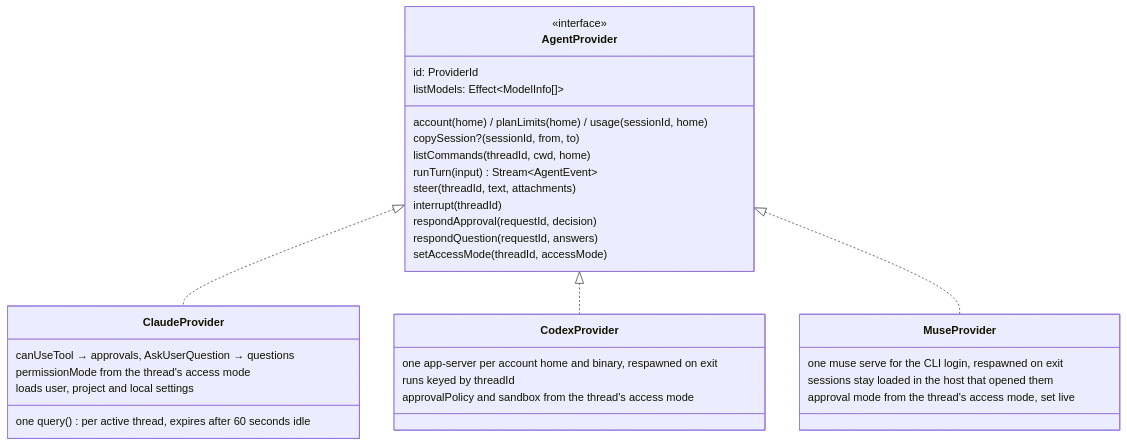
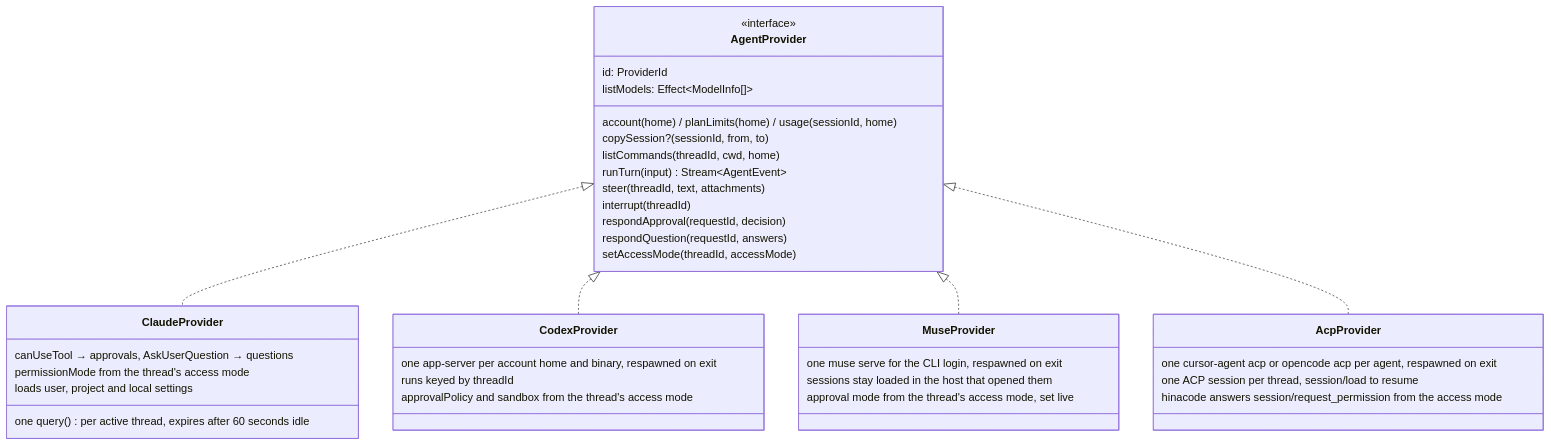
One commit to hinadev-ai/hinacode changed the fifth of 17 diagrams in docs/arch.md. Above: the diagram before and after it, drawn with Mermaid. The commit also changed other lines of this file and 4 other files, not shown here.

Commit message:
docs: describe the ACP agents and agent onboarding

````diff
--- a/docs/arch.md
+++ b/docs/arch.md
@@ -153,36 +153,42 @@
 ```mermaid
 classDiagram
   class AgentProvider {
     <<interface>>
     id: ProviderId
     listModels: Effect~ModelInfo[]~
     account(home) / planLimits(home) / usage(sessionId, home)
     copySession?(sessionId, from, to)
     listCommands(threadId, cwd, home)
     runTurn(input) Stream~AgentEvent~
     steer(threadId, text, attachments)
     interrupt(threadId)
     respondApproval(requestId, decision)
     respondQuestion(requestId, answers)
     setAccessMode(threadId, accessMode)
   }
   class ClaudeProvider {
     one query() per active thread, expires after 60 seconds idle
     canUseTool → approvals, AskUserQuestion → questions
     permissionMode from the thread's access mode
     loads user, project and local settings
   }
   class CodexProvider {
     one app-server per account home and binary, respawned on exit
     runs keyed by threadId
     approvalPolicy and sandbox from the thread's access mode
   }
   class MuseProvider {
     one muse serve for the CLI login, respawned on exit
     sessions stay loaded in the host that opened them
     approval mode from the thread's access mode, set live
   }
+  class AcpProvider {
+    one cursor-agent acp or opencode acp per agent, respawned on exit
+    one ACP session per thread, session/load to resume
+    hinacode answers session/request_permission from the access mode
+  }
   AgentProvider <|.. ClaudeProvider
   AgentProvider <|.. CodexProvider
   AgentProvider <|.. MuseProvider
+  AgentProvider <|.. AcpProvider
 ```
````
